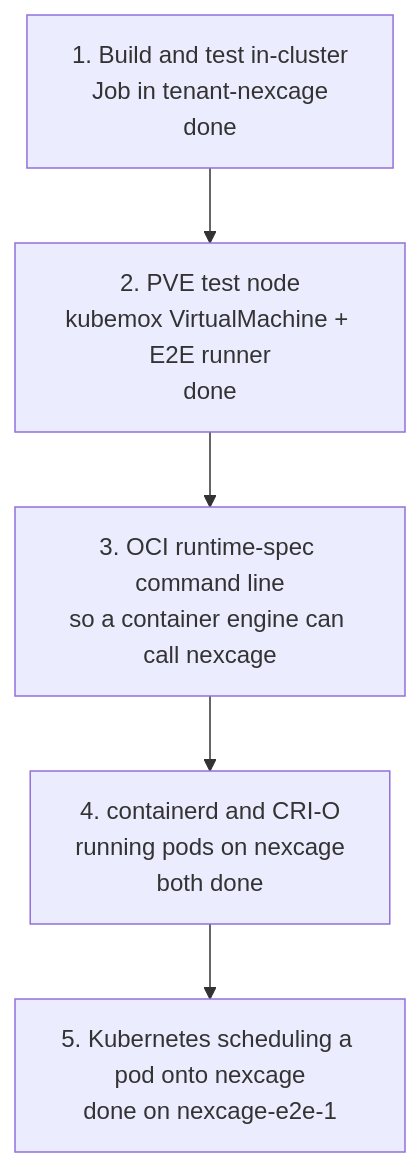
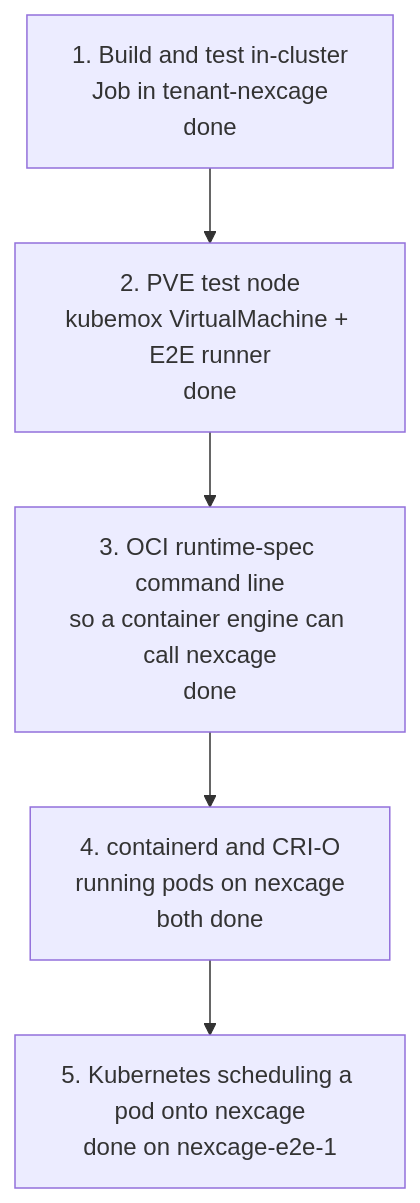
Before and after one commit to CageForge/nexcage: the diagram in docs/KUBERNETES_INTEGRATION.md, drawn with Mermaid. The commit also changed other lines of this file and 43 other files, not shown here.

````diff
--- a/docs/KUBERNETES_INTEGRATION.md
+++ b/docs/KUBERNETES_INTEGRATION.md
@@ -66,7 +66,7 @@
 ```mermaid
 flowchart TD
   S1["1. Build and test in-cluster<br/>Job in tenant-nexcage<br/>done"] --> S2["2. PVE test node<br/>kubemox VirtualMachine + E2E runner<br/>done"]
-  S2 --> S3["3. OCI runtime-spec command line<br/>so a container engine can call nexcage"]
+  S2 --> S3["3. OCI runtime-spec command line<br/>so a container engine can call nexcage<br/>done"]
   S3 --> S4["4. containerd and CRI-O<br/>running pods on nexcage<br/>both done"]
   S4 --> S5["5. Kubernetes scheduling a pod onto nexcage<br/>done on nexcage-e2e-1"]
 ```
````
